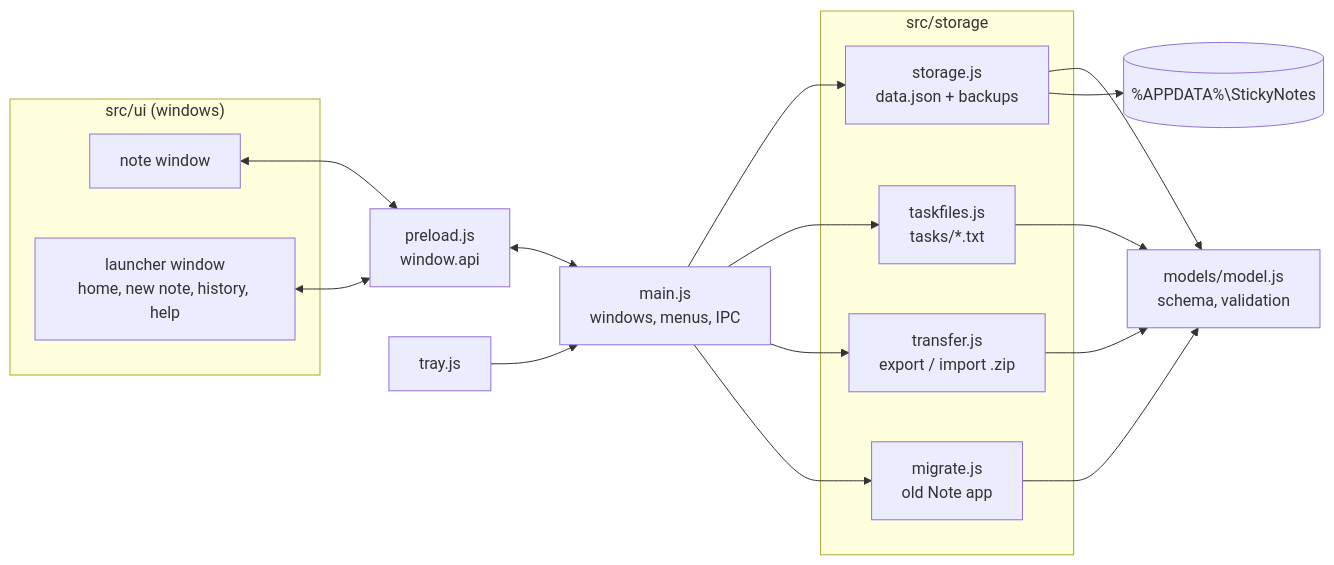
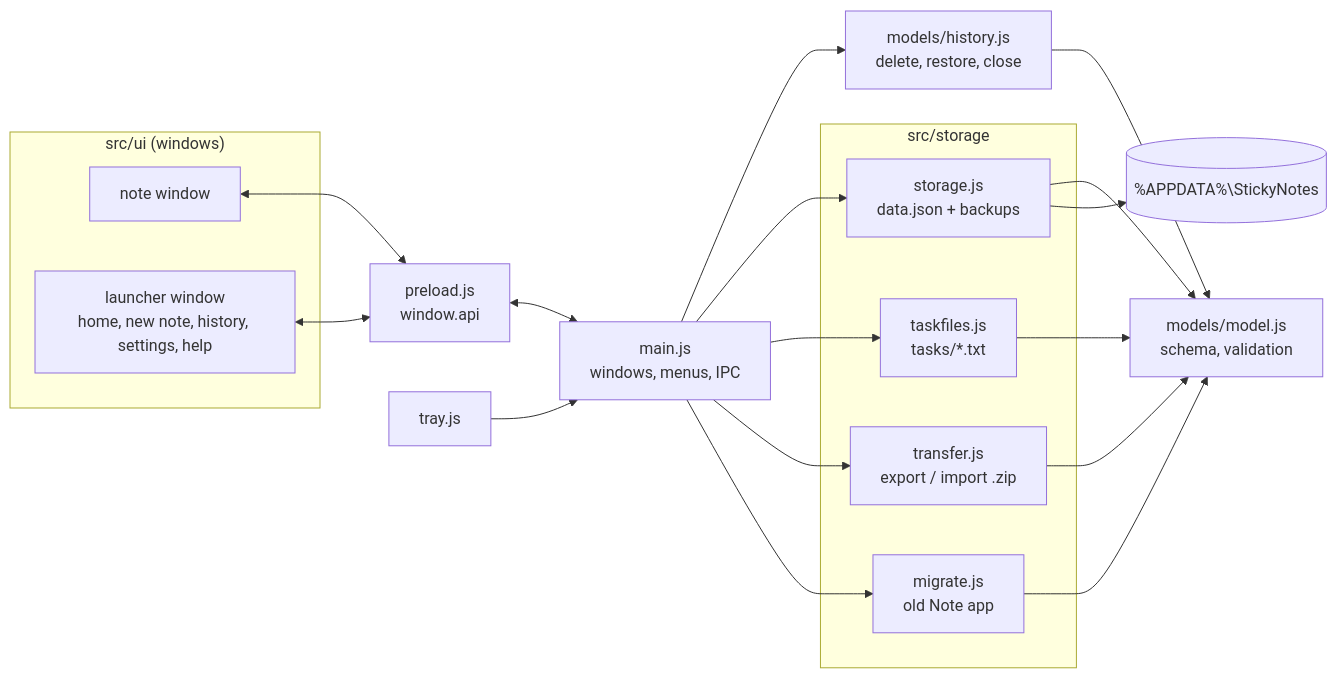
The diagram in PROJECT_MAP.md (eemagone/sticky-notes), drawn with Mermaid before and after one commit. The commit also changed other lines of this file and 14 other files, not shown here.

````diff
--- a/PROJECT_MAP.md
+++ b/PROJECT_MAP.md
@@ -7,22 +7,24 @@
 ```mermaid
 flowchart LR
   subgraph UI["src/ui (windows)"]
     N[note window] 
-    L[launcher window<br/>home, new note, history, help]
+    L[launcher window<br/>home, new note, history, settings, help]
   end
   P[preload.js<br/>window.api]
   M[main.js<br/>windows, menus, IPC]
   T[tray.js]
   subgraph ST["src/storage"]
     S[storage.js<br/>data.json + backups]
     F[taskfiles.js<br/>tasks/*.txt]
     X[transfer.js<br/>export / import .zip]
     G[migrate.js<br/>old Note app]
   end
   MD[models/model.js<br/>schema, validation]
+  H[models/history.js<br/>delete, restore, close]
+  M --> H --> MD
   N & L <--> P <--> M
   T --> M
   M --> S & F & X & G
   S & F & X & G --> MD
   S --> D[(%APPDATA%\StickyNotes)]
 ```
````
